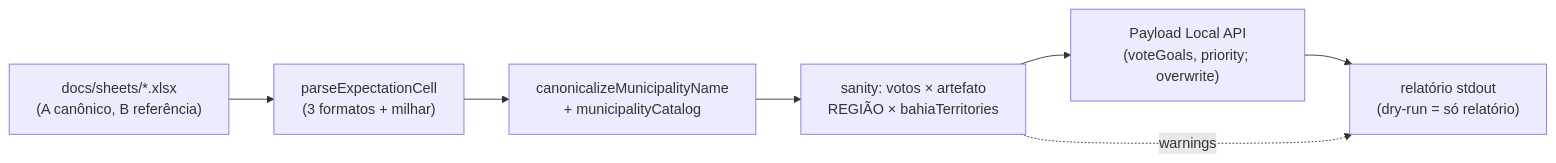
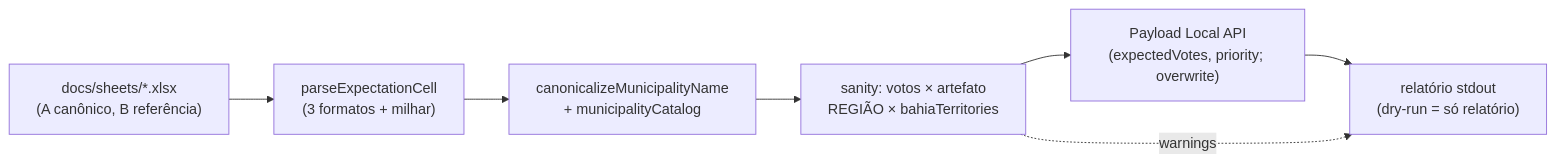
The diagram in docs/plans/import-planilha-projecao.md (fsolla/teqo), drawn with Mermaid before and after one commit. The commit also changed other lines of this file and 26 other files, not shown here.

First line of the commit message:
Remove duplicated voteGoals; seed projection sheet into expectedVotes.

````diff
--- a/docs/plans/import-planilha-projecao.md
+++ b/docs/plans/import-planilha-projecao.md
@@ -55,11 +57,11 @@
 ```mermaid
 flowchart LR
     XLSX["docs/sheets/*.xlsx<br/>(A canônico, B referência)"]
     Parse["parseExpectationCell<br/>(3 formatos + milhar)"]
     Match["canonicalizeMunicipalityName<br/>+ municipalityCatalog"]
     Sanity["sanity: votos × artefato<br/>REGIÃO × bahiaTerritories"]
-    Write["Payload Local API<br/>(voteGoals, priority; overwrite)"]
+    Write["Payload Local API<br/>(expectedVotes, priority; overwrite)"]
     Report["relatório stdout<br/>(dry-run = só relatório)"]
     XLSX --> Parse --> Match --> Sanity --> Write --> Report
     Sanity -.warnings.-> Report
 ```
````
